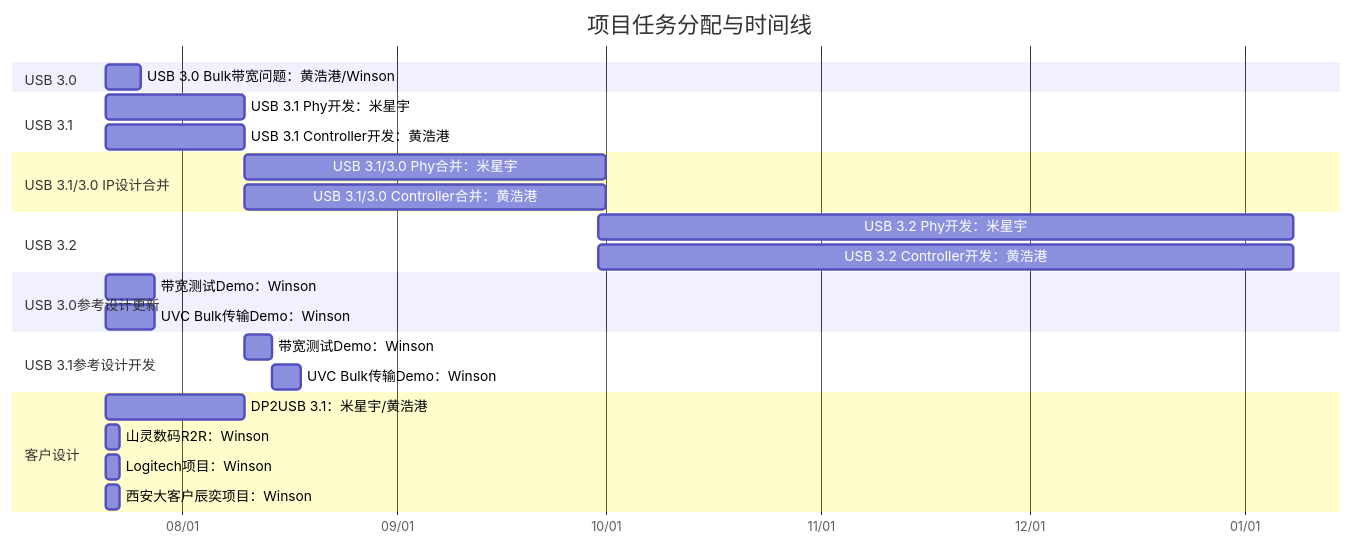
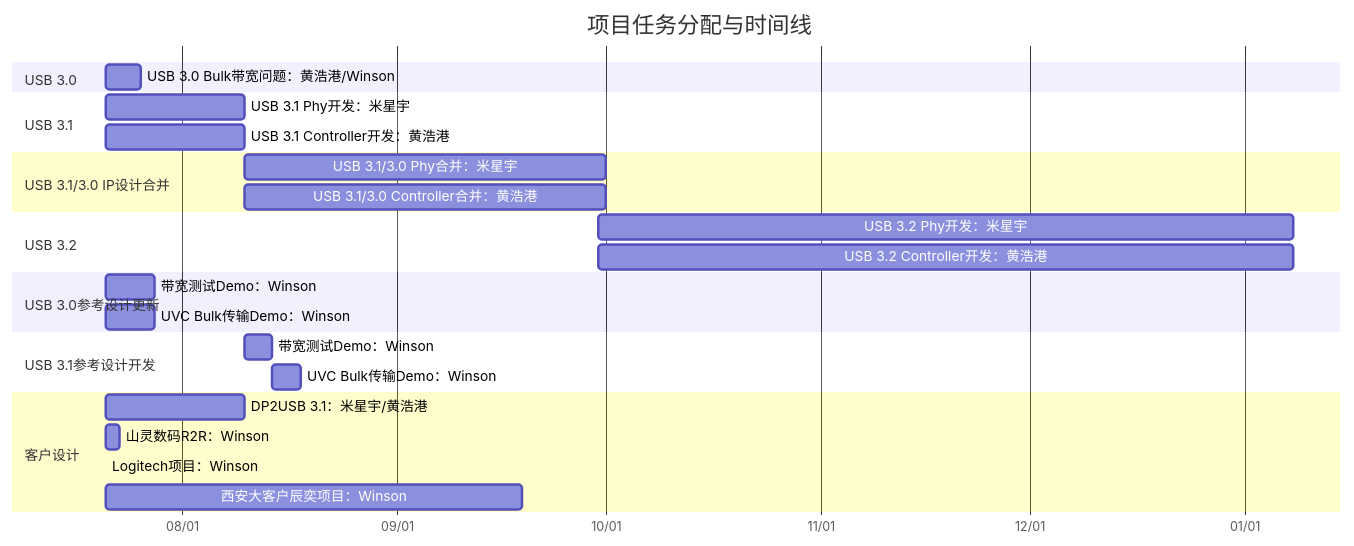
One commit to winsonbook/iodraw-files changed the diagram in all/未命名.md. Above: the diagram before and after it, drawn with Mermaid.

Commit message:
2025-07-21 10:11:58 update

````diff
--- a/all/未命名.md
+++ b/all/未命名.md
@@ -1,35 +1,35 @@
 ```mermaid
 gantt
     title 项目任务分配与时间线
     dateFormat  YYYY-MM-DD
     axisFormat  %m/%d
 
     section USB 3.0
     USB 3.0 Bulk带宽问题：黄浩港/Winson   :    task1, 2025-07-21, 5d
 
     section USB 3.1
     USB 3.1 Phy开发：米星宇      :         task2, 2025-07-21, 20d
     USB 3.1 Controller开发：黄浩港      :  task3, 2025-07-21, 20d
 
     section USB 3.1/3.0 IP设计合并
     USB 3.1/3.0 Phy合并：米星宇       :    task4, 2025-08-10, 52d
     USB 3.1/3.0 Controller合并：黄浩港:    task5, 2025-08-10, 52d
 
     section USB 3.2
     USB 3.2 Phy开发：米星宇      :         task2, 2025-09-30, 100d
     USB 3.2 Controller开发：黄浩港      :  task3, 2025-09-30, 100d
 
     section USB 3.0参考设计更新
     带宽测试Demo：Winson       :         task6, 2025-07-21, 7d
     UVC Bulk传输Demo：Winson   :        task7, 2025-07-21, 7d
 
     section USB 3.1参考设计开发
     带宽测试Demo：Winson       :         task8, 2025-08-10, 4d
     UVC Bulk传输Demo：Winson   :         task9, 2025-08-14, 4d
 
     section 客户设计
     DP2USB 3.1：米星宇/黄浩港      :task10, 2025-07-21, 20d
     山灵数码R2R：Winson :             task11, 2025-07-21, 2d
-    Logitech项目：Winson :            task12, 2025-07-21, 2d
-    西安大客户辰奕项目：Winson :       task13, 2025-07-21, 2d
+    Logitech项目：Winson :            task12, 2025-07-21, d
+    西安大客户辰奕项目：Winson :       task13, 2025-07-21, 60d
 ```
````
